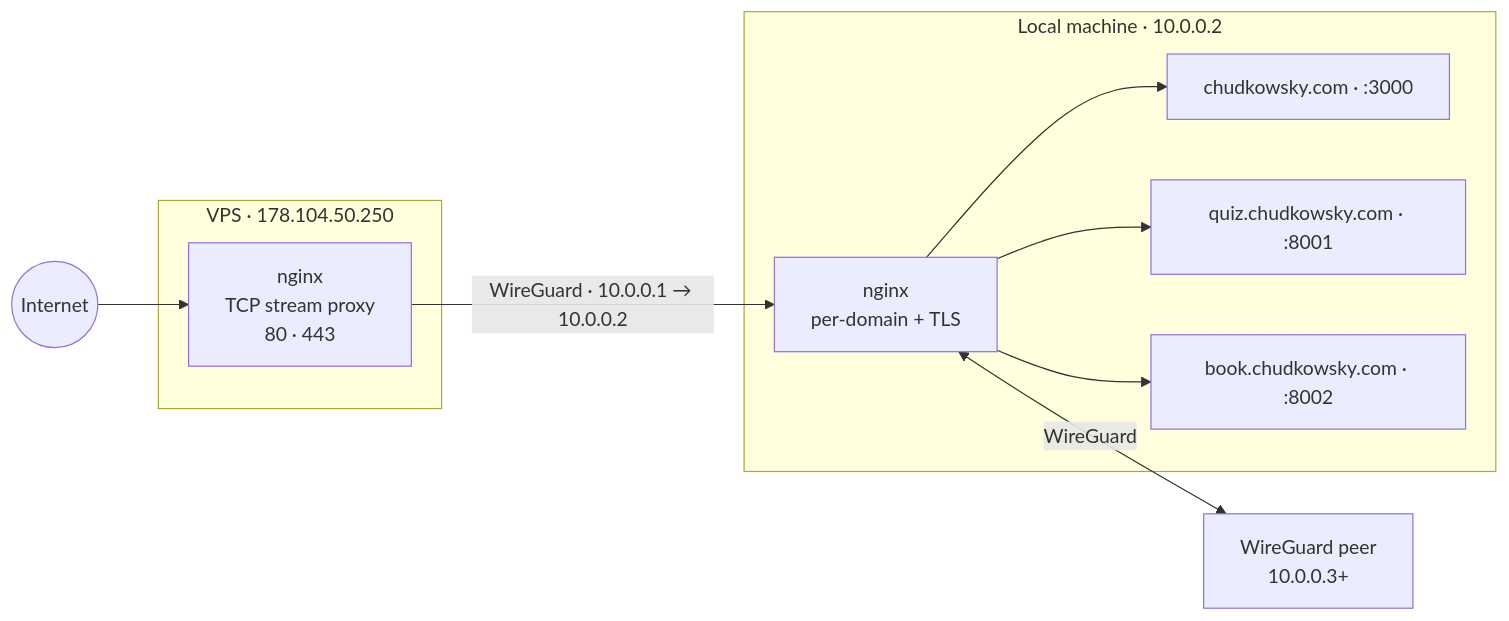
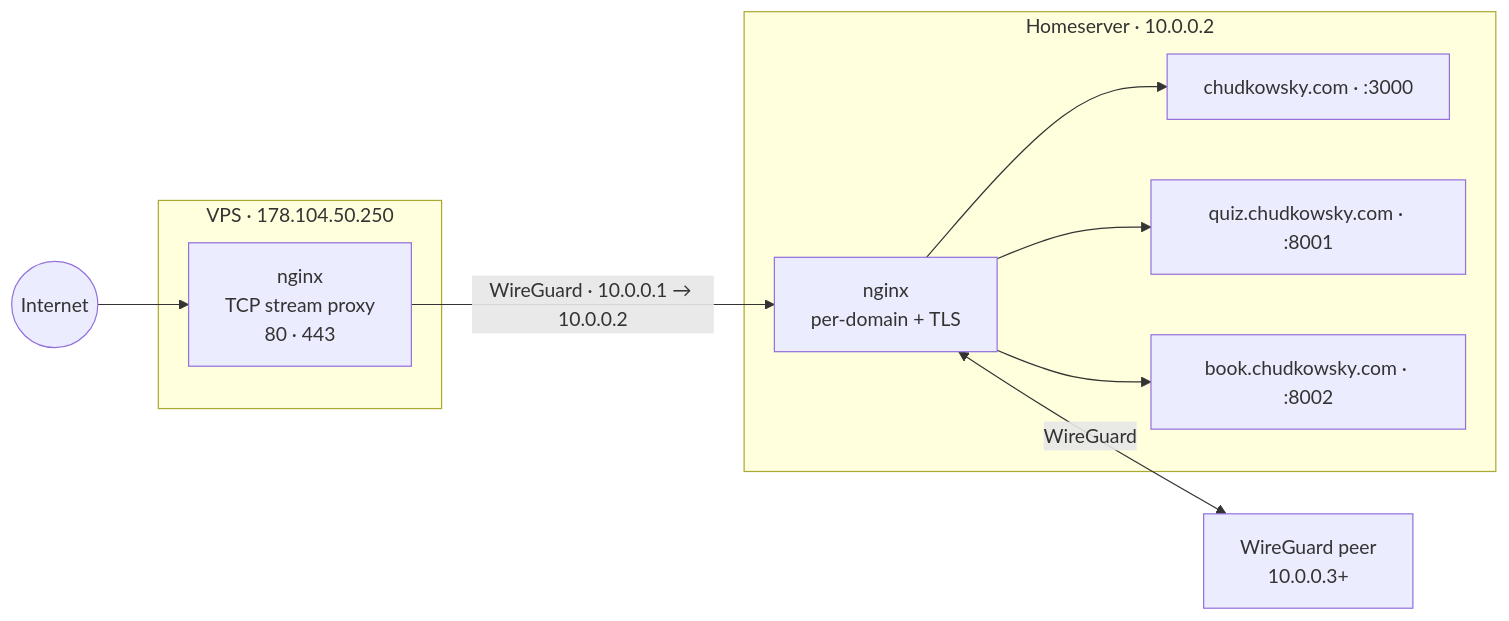
The diagram in README.md (chudkowsky/homelab-infra), drawn with Mermaid before and after one commit. The commit also changed other lines of this file and 7 other files, not shown here.

First line of the commit message:
docs: rename local machine to homeserver, SSL to TLS, misc cleanup

````diff
--- a/README.md
+++ b/README.md
@@ -17,24 +17,24 @@
 ```mermaid
 graph LR
     Internet((Internet))
 
     subgraph VPS ["VPS · 178.104.50.250"]
         nginx_vps["nginx\nTCP stream proxy\n80 · 443"]
     end
 
-    subgraph Local ["Local machine · 10.0.0.2"]
+    subgraph Local ["Homeserver · 10.0.0.2"]
         nginx_local["nginx\nper-domain + TLS"]
         s1["chudkowsky.com · :3000"]
         s2["quiz.chudkowsky.com · :8001"]
         s3["book.chudkowsky.com · :8002"]
     end
 
     Peer["WireGuard peer\n10.0.0.3+"]
 
     Internet --> nginx_vps
     nginx_vps -->|WireGuard · 10.0.0.1 → 10.0.0.2| nginx_local
     nginx_local --> s1
     nginx_local --> s2
     nginx_local --> s3
     nginx_local <-->|WireGuard| Peer
 ```
````
